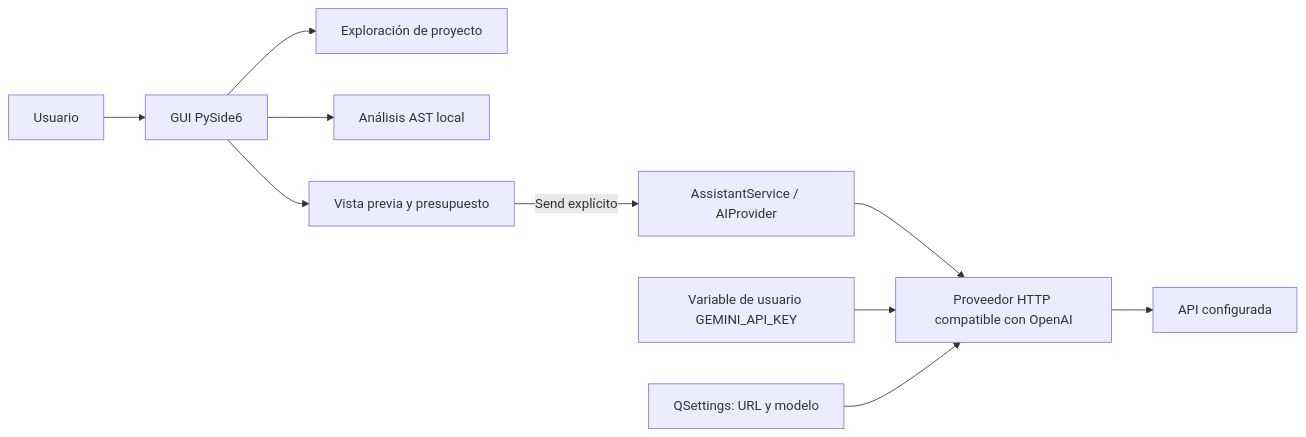
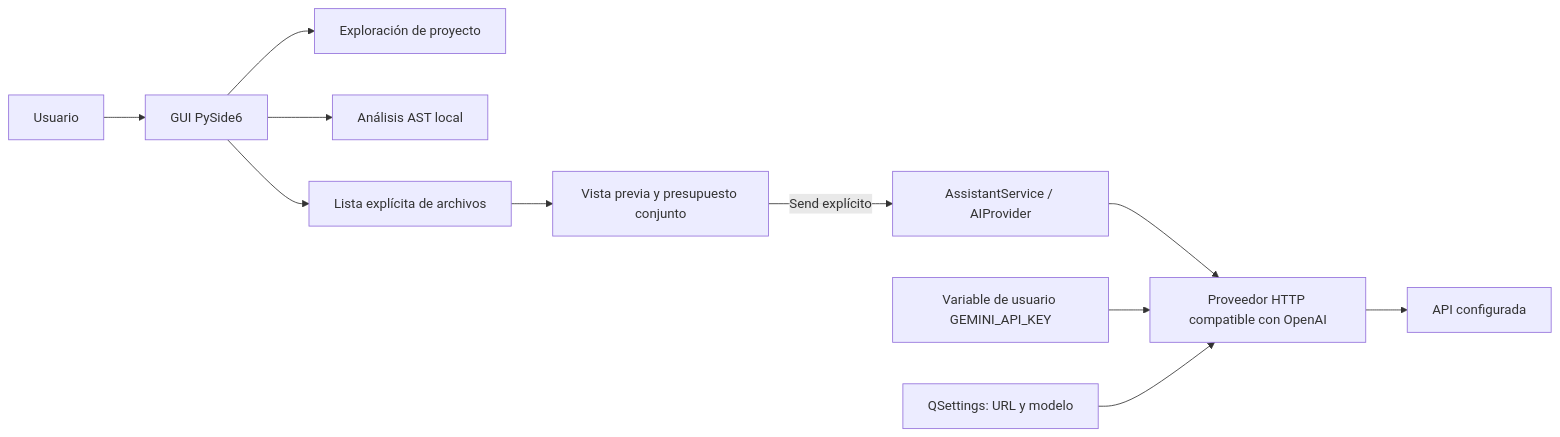
Before and after one commit to bruce89/localCP: the diagram in docs/architecture.md, drawn with Mermaid. The commit also changed other lines of this file and 18 other files, not shown here.

````diff
--- a/docs/architecture.md
+++ b/docs/architecture.md
@@ -20,12 +20,13 @@
 ```mermaid
 flowchart LR
     U[Usuario] --> G[GUI PySide6]
     G --> P[Exploración de proyecto]
     G --> A[Análisis AST local]
-    G --> C[Vista previa y presupuesto]
+    G --> L[Lista explícita de archivos]
+    L --> C[Vista previa y presupuesto conjunto]
     C -->|Send explícito| S[AssistantService / AIProvider]
     S --> H[Proveedor HTTP compatible con OpenAI]
     H --> E[API configurada]
     W[Variable de usuario GEMINI_API_KEY] --> H
     Q[QSettings: URL y modelo] --> H
 ```
````
